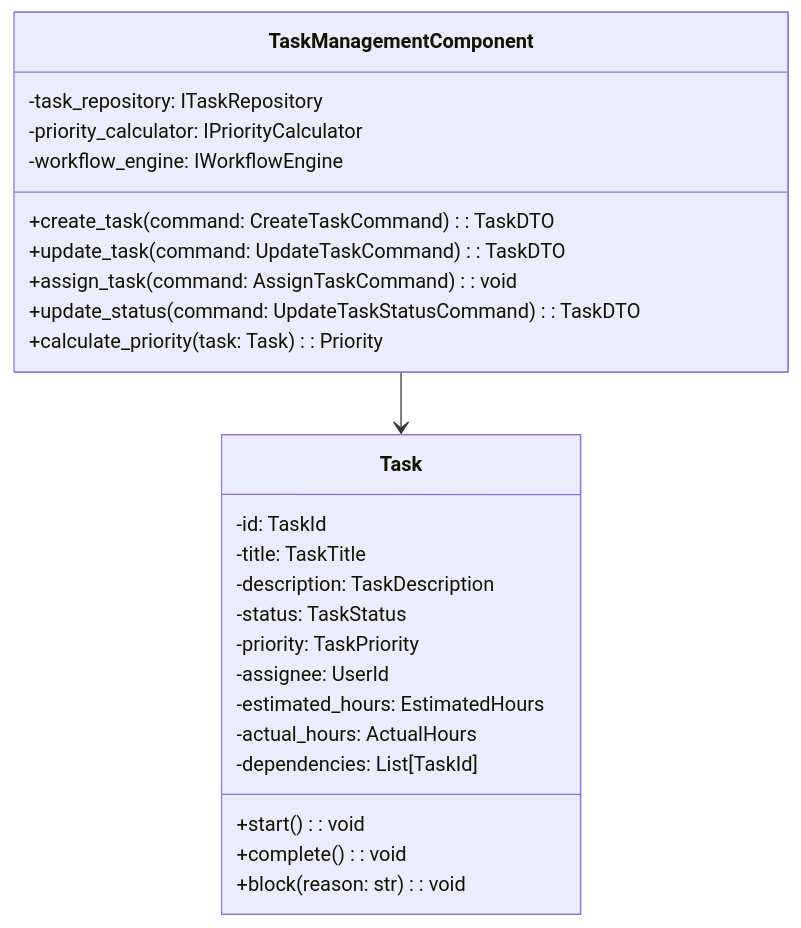
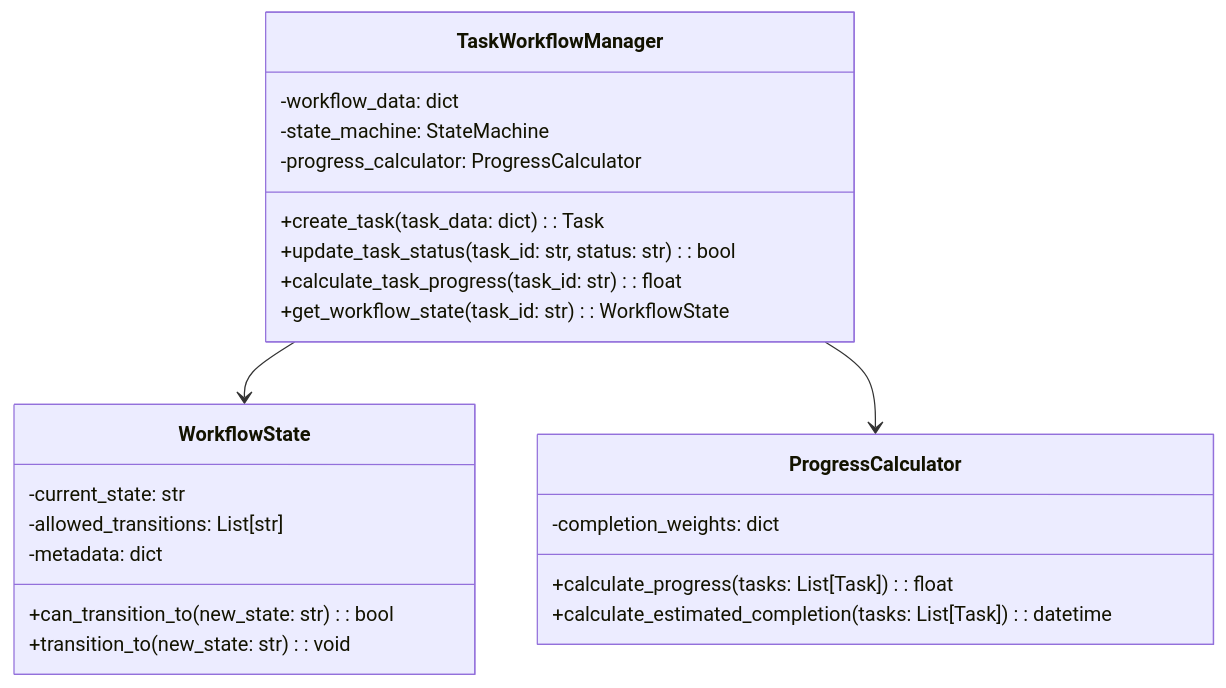
One commit to Shakour-Data/AutoProjectManagement changed the seventh of 18 diagrams in Docs/Software_Engineering/Software_Architecture_Document.md. Above: the diagram before and after it, drawn with Mermaid. The commit also changed other lines of this file, not shown here.

````diff
--- a/Docs/Software_Engineering/Software_Architecture_Document.md
+++ b/Docs/Software_Engineering/Software_Architecture_Document.md
@@ -363,30 +353,29 @@
 ```mermaid
 classDiagram
-    class TaskManagementComponent {
-        -task_repository: ITaskRepository
-        -priority_calculator: IPriorityCalculator
-        -workflow_engine: IWorkflowEngine
-        +create_task(command: CreateTaskCommand): TaskDTO
-        +update_task(command: UpdateTaskCommand): TaskDTO
-        +assign_task(command: AssignTaskCommand): void
-        +update_status(command: UpdateTaskStatusCommand): TaskDTO
-        +calculate_priority(task: Task): Priority
+    class TaskWorkflowManager {
+        -workflow_data: dict
+        -state_machine: StateMachine
+        -progress_calculator: ProgressCalculator
+        +create_task(task_data: dict): Task
+        +update_task_status(task_id: str, status: str): bool
+        +calculate_task_progress(task_id: str): float
+        +get_workflow_state(task_id: str): WorkflowState
     }
     
-    class Task {
-        -id: TaskId
-        -title: TaskTitle
-        -description: TaskDescription
-        -status: TaskStatus
-        -priority: TaskPriority
-        -assignee: UserId
-        -estimated_hours: EstimatedHours
-        -actual_hours: ActualHours
-        -dependencies: List[TaskId]
-        +start(): void
-        +complete(): void
-        +block(reason: str): void
+    class WorkflowState {
+        -current_state: str
+        -allowed_transitions: List[str]
+        -metadata: dict
+        +can_transition_to(new_state: str): bool
+        +transition_to(new_state: str): void
     }
     
-    TaskManagementComponent --> Task
+    class ProgressCalculator {
+        -completion_weights: dict
+        +calculate_progress(tasks: List[Task]): float
+        +calculate_estimated_completion(tasks: List[Task]): datetime
+    }
+    
+    TaskWorkflowManager --> WorkflowState
+    TaskWorkflowManager --> ProgressCalculator
 ```
````
